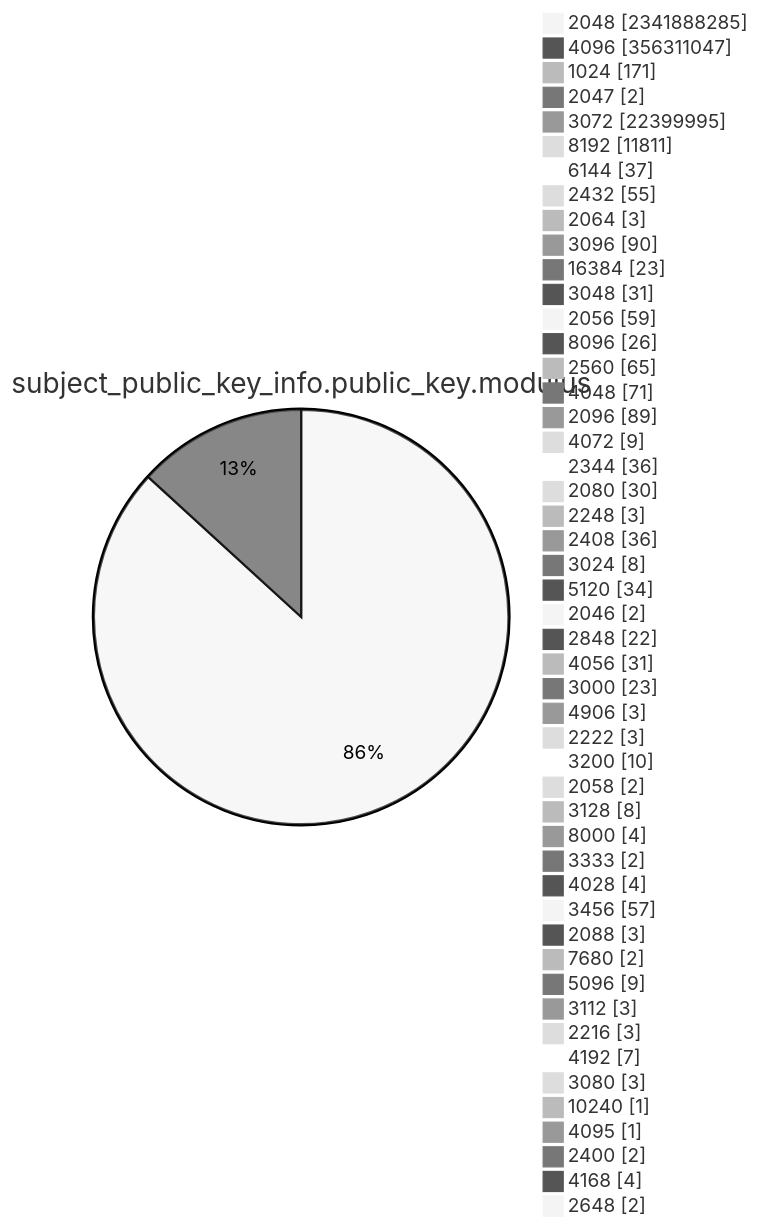
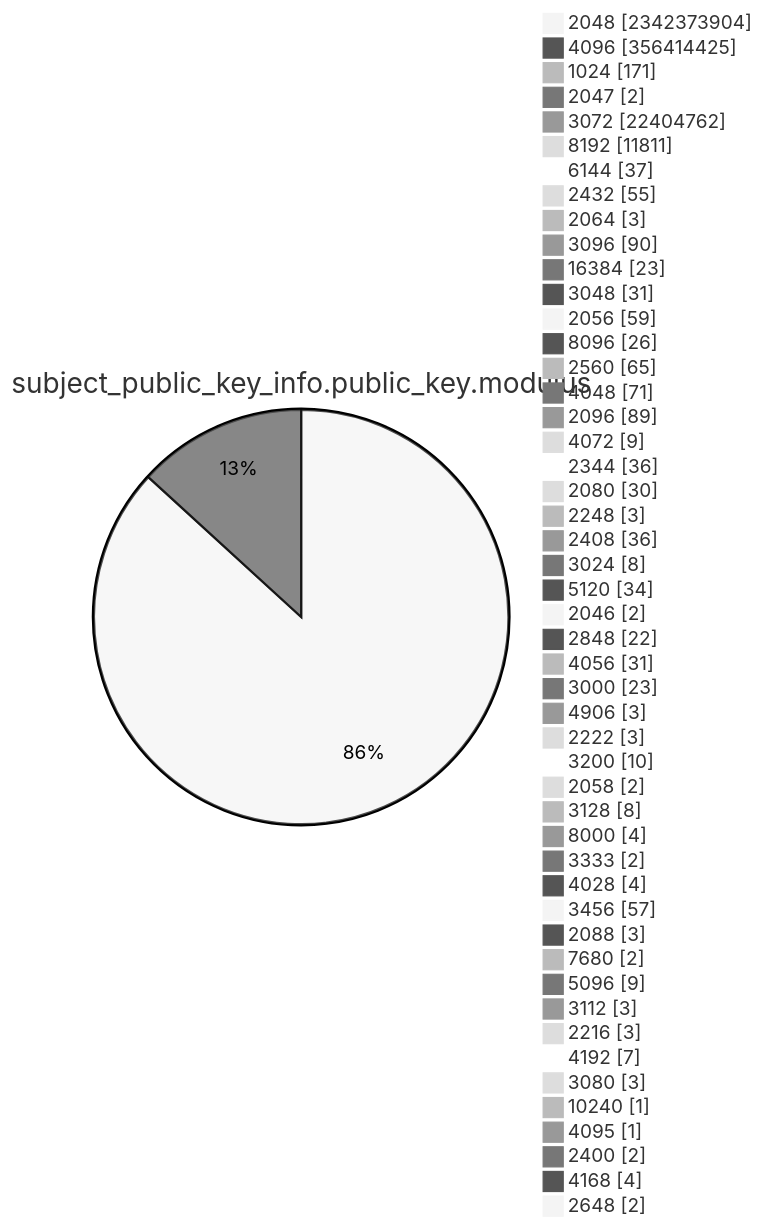
One commit to christiankrug/ctmonitor_visualization changed diagram 13 of 15 in TOTAL/README.md. Above: the diagram before and after it, drawn with Mermaid (neutral theme). The commit also changed other lines of this file, not shown here.

````diff
--- a/TOTAL/README.md
+++ b/TOTAL/README.md
@@ -4167,53 +4167,53 @@
 ```mermaid
 pie showData
 title subject_public_key_info.public_key.modulus
-"2048" :2341888285
-"4096" :356311047
+"2048" :2342373904
+"4096" :356414425
 "1024" :171
 "2047" :2
-"3072" :22399995
+"3072" :22404762
 "8192" :11811
 "6144" :37
 "2432" :55
 "2064" :3
 "3096" :90
 "16384" :23
 "3048" :31
 "2056" :59
 "8096" :26
 "2560" :65
 "4048" :71
 "2096" :89
 "4072" :9
 "2344" :36
 "2080" :30
 "2248" :3
 "2408" :36
 "3024" :8
 "5120" :34
 "2046" :2
 "2848" :22
 "4056" :31
 "3000" :23
 "4906" :3
 "2222" :3
 "3200" :10
 "2058" :2
 "3128" :8
 "8000" :4
 "3333" :2
 "4028" :4
 "3456" :57
 "2088" :3
 "7680" :2
 "5096" :9
 "3112" :3
 "2216" :3
 "4192" :7
 "3080" :3
 "10240" :1
 "4095" :1
 "2400" :2
 "4168" :4
 "2648" :2
 ```
````
